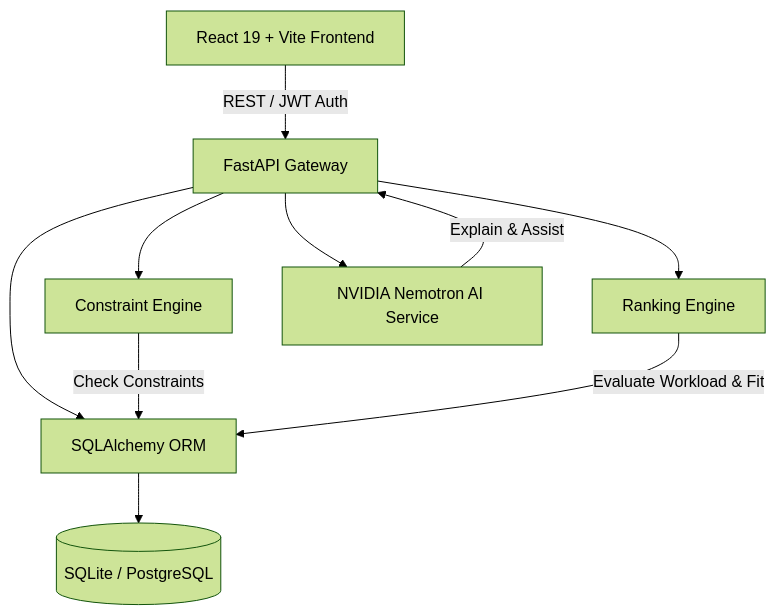
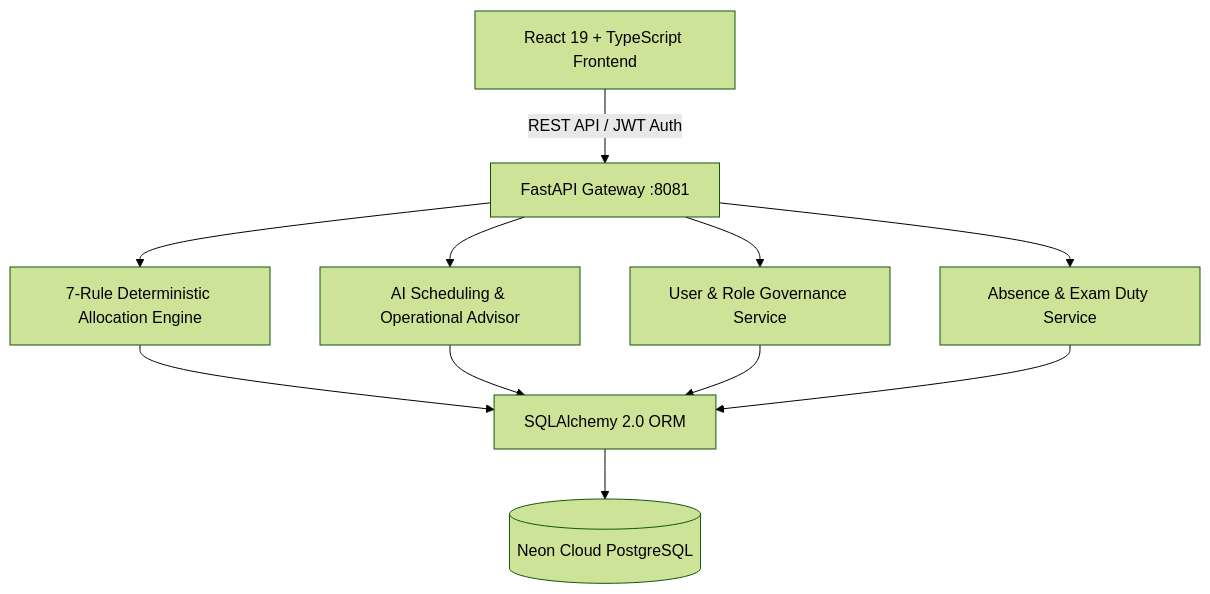
One commit to fareedahamed0425-code/faculty-duty-allocation-system changed the diagram in README.md. Above: the diagram before and after it, drawn with Mermaid (forest theme). The commit also changed other lines of this file and 48 other files, not shown here.

Commit message:
feat: implement Neon PostgreSQL integration, User & Role Governance, AI Operational Assistant, and update README

````diff
--- a/README.md
+++ b/README.md
@@ -60,13 +91,13 @@
 ```mermaid
 graph TD
-    A[React 19 + Vite Frontend] -->|REST / JWT Auth| B[FastAPI Gateway]
-    B --> C[Constraint Engine]
-    B --> D[Ranking Engine]
-    B --> E[NVIDIA Nemotron AI Service]
-    B --> F[SQLAlchemy ORM]
-    F --> G[(SQLite / PostgreSQL)]
-    
-    C -->|Check Constraints| F
-    D -->|Evaluate Workload & Fit| F
-    E -->|Explain & Assist| B
+    A[React 19 + TypeScript Frontend] -->|REST API / JWT Auth| B[FastAPI Gateway :8081]
+    B --> C[7-Rule Deterministic Allocation Engine]
+    B --> D[AI Scheduling & Operational Advisor]
+    B --> E[User & Role Governance Service]
+    B --> F[Absence & Exam Duty Service]
+    C --> G[SQLAlchemy 2.0 ORM]
+    D --> G
+    E --> G
+    F --> G
+    G --> H[(Neon Cloud PostgreSQL)]
 ```
````
